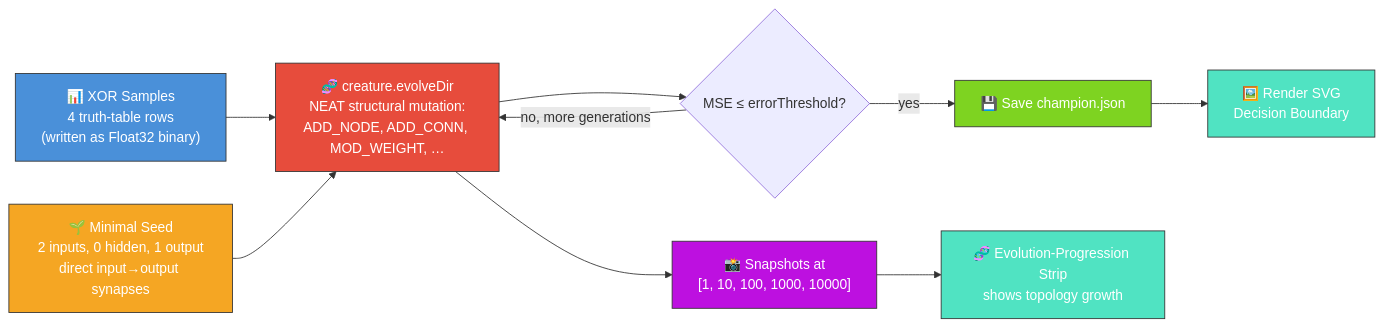
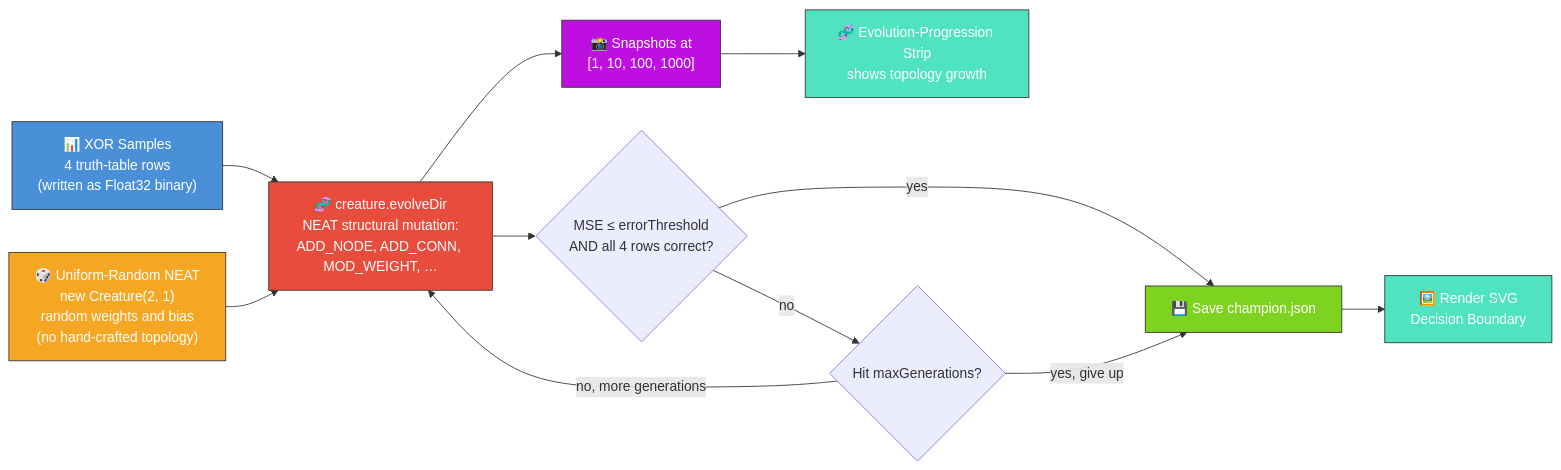
Before and after one commit to stSoftwareAU/NEAT-AI-Examples: the diagram in xor_classification/README.md, drawn with Mermaid. The commit also changed other lines of this file and 6 other files, not shown here.

First line of the commit message:
xor_classification: remove minimal-seed warm start, evolve from random noise

````diff
--- a/xor_classification/README.md
+++ b/xor_classification/README.md
@@ -18,28 +23,31 @@
 ```mermaid
 flowchart LR
     DATA["📊 XOR Samples<br/>4 truth-table rows<br/>(written as Float32 binary)"]
-    SEED["🌱 Minimal Seed<br/>2 inputs, 0 hidden, 1 output<br/>direct input→output synapses"]
+    SEED["🎲 Uniform-Random NEAT<br/>new Creature(2, 1)<br/>random weights and bias<br/>(no hand-crafted topology)"]
     EVOLVE["🧬 creature.evolveDir<br/>NEAT structural mutation:<br/>ADD_NODE, ADD_CONN, MOD_WEIGHT, …"]
-    SNAP["📸 Snapshots at<br/>[1, 10, 100, 1000, 10000]"]
-    SOLVED{"MSE ≤ errorThreshold?"}
+    SNAP["📸 Snapshots at<br/>[1, 10, 100, 1000]"]
+    SOLVED{"MSE ≤ errorThreshold<br/>AND all 4 rows correct?"}
+    CAP{"Hit maxGenerations?"}
     CHAMP["💾 Save champion.json"]
     RENDER["🖼️ Render SVG<br/>Decision Boundary"]
     STRIP["🧬 Evolution-Progression Strip<br/>shows topology growth"]
 
     DATA --> EVOLVE
     SEED --> EVOLVE
     EVOLVE --> SNAP
     EVOLVE --> SOLVED
     SOLVED -- yes --> CHAMP
-    SOLVED -- no, more generations --> EVOLVE
+    SOLVED -- no --> CAP
+    CAP -- no, more generations --> EVOLVE
+    CAP -- yes, give up --> CHAMP
     CHAMP --> RENDER
     SNAP --> STRIP
 
     style DATA fill:#4a90d9,stroke:#333,color:#fff
     style SEED fill:#f5a623,stroke:#333,color:#fff
     style EVOLVE fill:#e74c3c,stroke:#333,color:#fff
     style SNAP fill:#bd10e0,stroke:#333,color:#fff
     style CHAMP fill:#7ed321,stroke:#333,color:#fff
     style RENDER fill:#50e3c2,stroke:#333,color:#fff
     style STRIP fill:#50e3c2,stroke:#333,color:#fff
 ```
````
